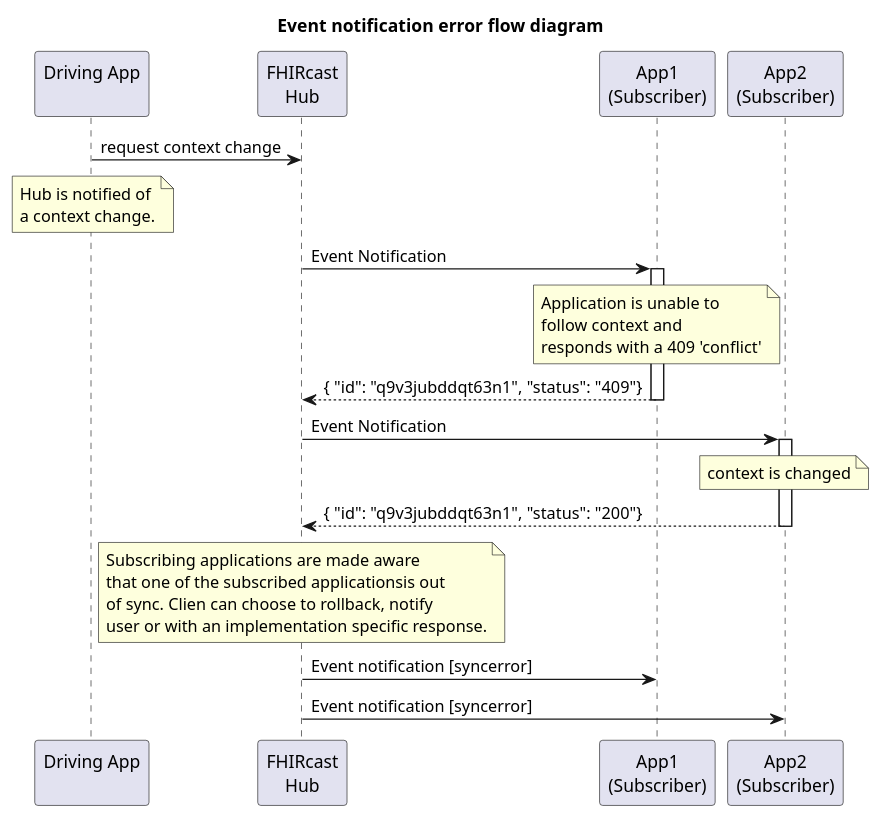
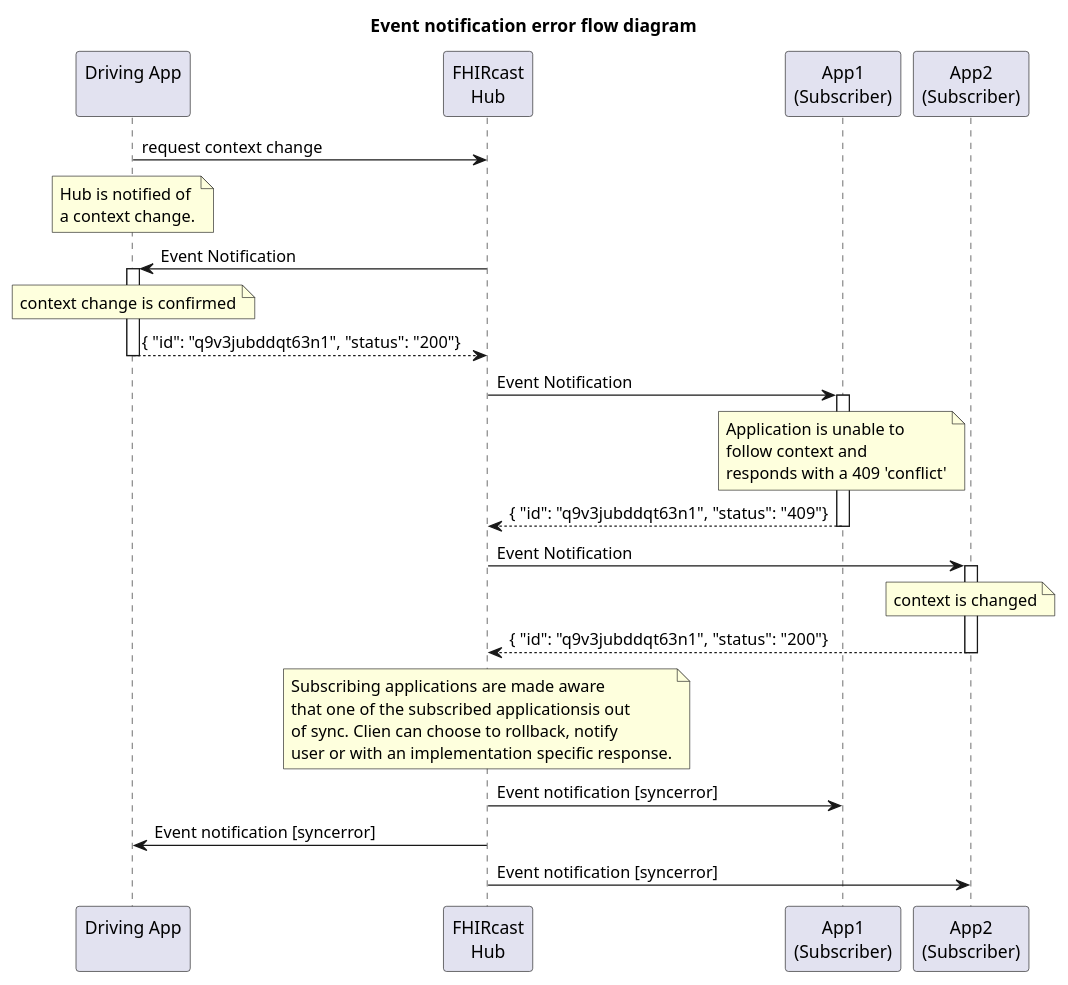
The diagram in input/images-source/EventNotificationErrorSequence.plantuml (HL7/fhircast-docs), drawn with PlantUML before and after one commit.

Commit message:
Even in error scenarios: clarify that driving app
also recieves event notifications

```diff
--- a/input/images-source/EventNotificationErrorSequence.plantuml
+++ b/input/images-source/EventNotificationErrorSequence.plantuml
@@ -1,37 +1,42 @@
 @startuml
 title Event notification error flow diagram
 
 participant "Driving App\n" as Controller
 participant "FHIRcast\nHub" as Hub
 participant "App1\n(Subscriber)" as Subscriber1
 participant "App2\n(Subscriber)" as Subscriber2
 
 Controller -> Hub: request context change
 
 note over Controller
     Hub is notified of 
     a context change.
 end note
+
+Hub -> Controller++: Event Notification
+note over Controller: context change is confirmed
+Hub <-- Controller--: { "id": "q9v3jubddqt63n1", "status": "200"}
 
 Hub -> Subscriber1++: Event Notification
 note over Subscriber1
      Application is unable to 
      follow context and 
      responds with a 409 'conflict'
 end note
 Hub <-- Subscriber1--: { "id": "q9v3jubddqt63n1", "status": "409"}
 
 Hub -> Subscriber2++: Event Notification
 note over Subscriber2: context is changed
 Hub <-- Subscriber2--: { "id": "q9v3jubddqt63n1", "status": "200"}
 
 note over Hub
     Subscribing applications are made aware 
     that one of the subscribed applicationsis out
     of sync. Clien can choose to rollback, notify 
     user or with an implementation specific response.
 end note
 
 Hub -> Subscriber1: Event notification [syncerror]
+Hub -> Controller: Event notification [syncerror]
 Hub -> Subscriber2: Event notification [syncerror]
 @enduml
```
